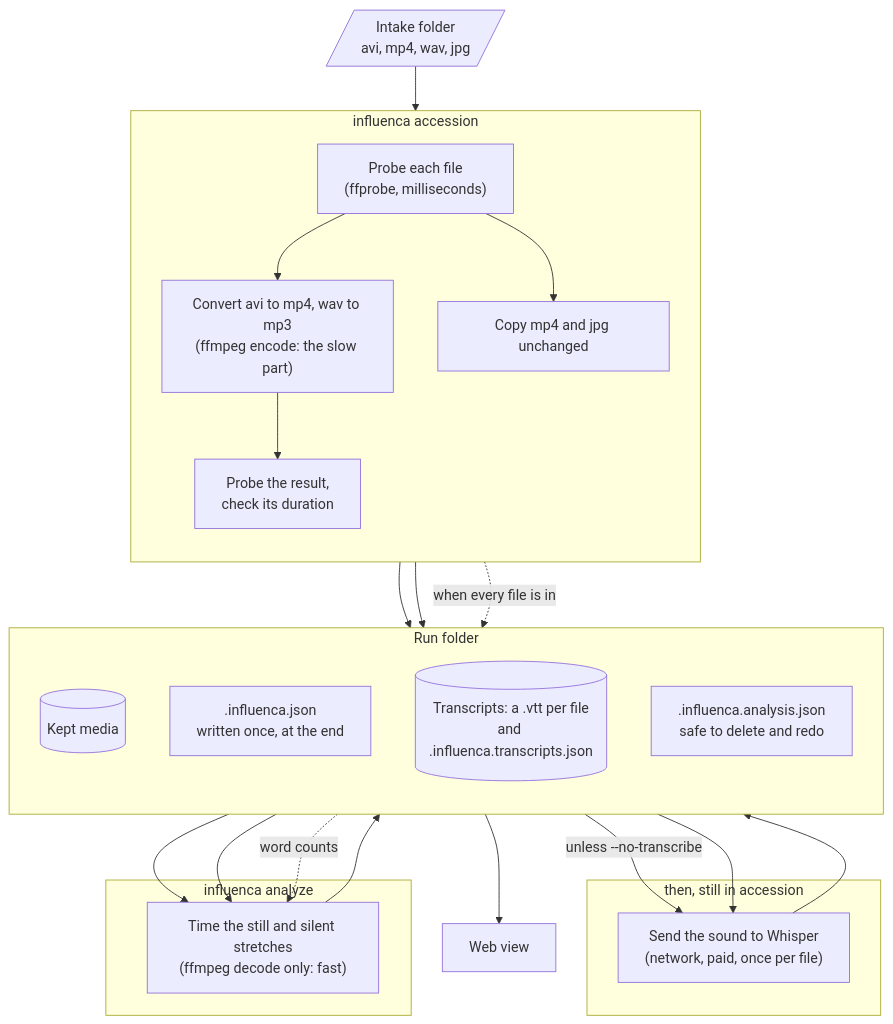
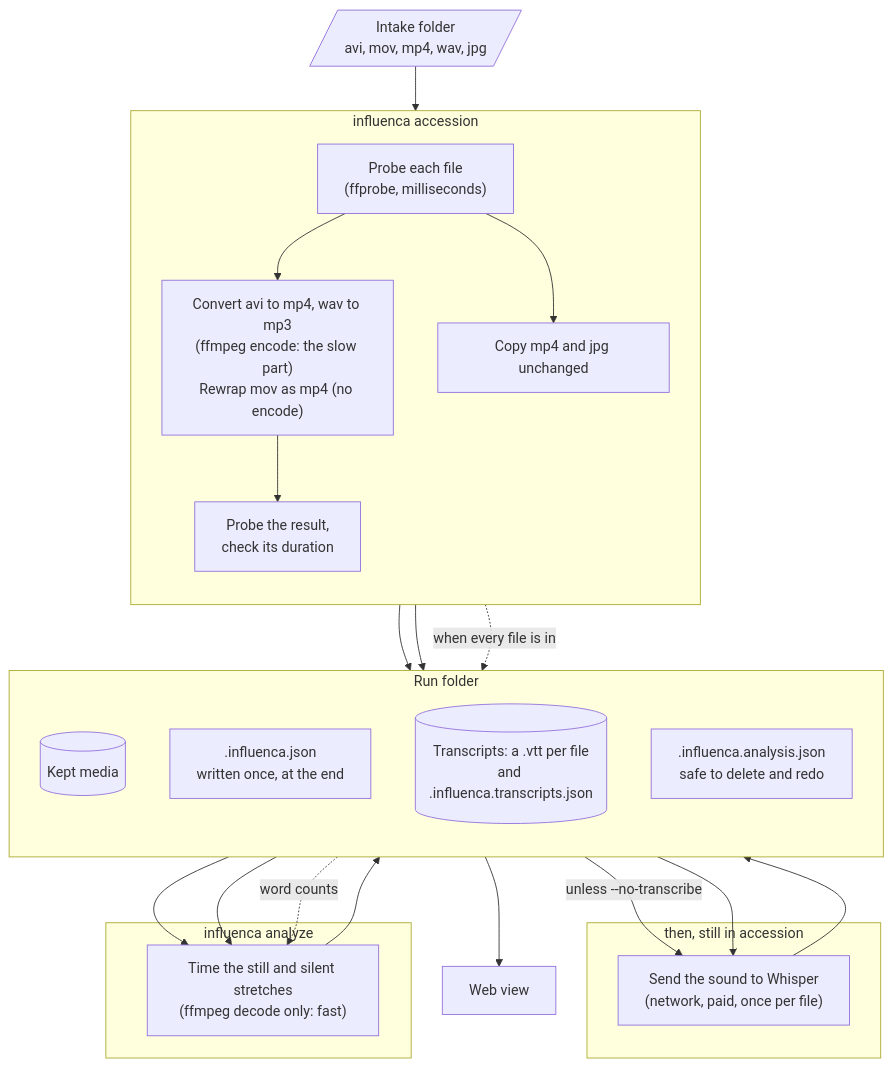
One commit to GaryB432/influenca changed the diagram in README.md. Above: the diagram before and after it, drawn with Mermaid. The commit also changed other lines of this file and 6 other files, not shown here.

Commit message:
Enhance media handling: support MOV rewrapping, update README, and improve intake script (#51)

````diff
--- a/README.md
+++ b/README.md
@@ -15,43 +15,43 @@
 ```mermaid
 flowchart TD
-  intake[/"Intake folder<br/>avi, mp4, wav, jpg"/]
+  intake[/"Intake folder<br/>avi, mov, mp4, wav, jpg"/]
 
   subgraph accession ["influenca accession"]
     direction TB
     probe["Probe each file<br/>(ffprobe, milliseconds)"]
-    convert["Convert avi to mp4, wav to mp3<br/>(ffmpeg encode: the slow part)"]
+    convert["Convert avi to mp4, wav to mp3<br/>(ffmpeg encode: the slow part)<br/>Rewrap mov as mp4 (no encode)"]
     copy["Copy mp4 and jpg unchanged"]
     verify["Probe the result,<br/>check its duration"]
     probe --> convert --> verify
     probe --> copy
   end
 
   subgraph run ["Run folder"]
     direction TB
     media[("Kept media")]
     manifest[".influenca.json<br/>written once, at the end"]
     vtt[("Transcripts: a .vtt per file<br/>and .influenca.transcripts.json")]
     analysis[".influenca.analysis.json<br/>safe to delete and redo"]
   end
 
   subgraph transcribe ["then, still in accession"]
     whisper["Send the sound to Whisper<br/>(network, paid, once per file)"]
   end
 
   subgraph analyze ["influenca analyze"]
     measure["Time the still and silent stretches<br/>(ffmpeg decode only: fast)"]
   end
 
   intake --> probe
   verify --> media
   copy --> media
   accession -. "when every file is in" .-> manifest
   manifest --> measure
   media --> measure
   measure --> analysis
   manifest -- "unless --no-transcribe" --> whisper
   media --> whisper
   whisper --> vtt
   vtt -. "word counts" .-> measure
   manifest --> web["Web view"]
 ```
````
